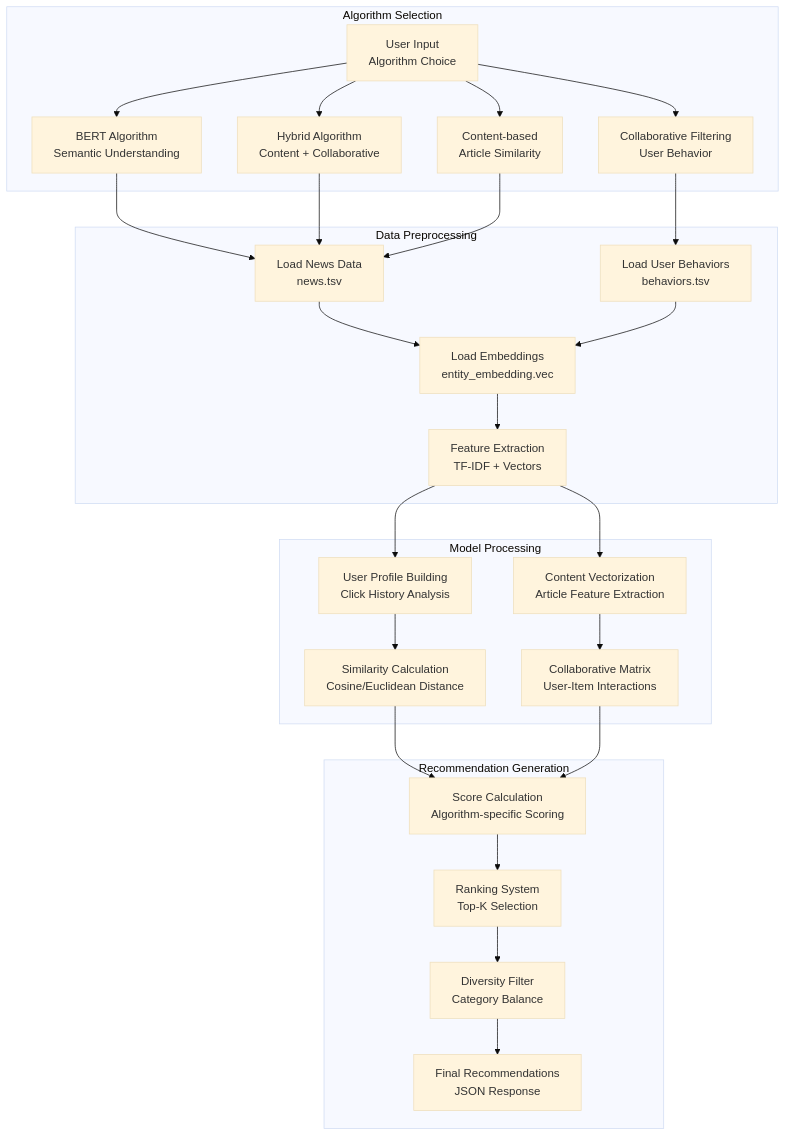
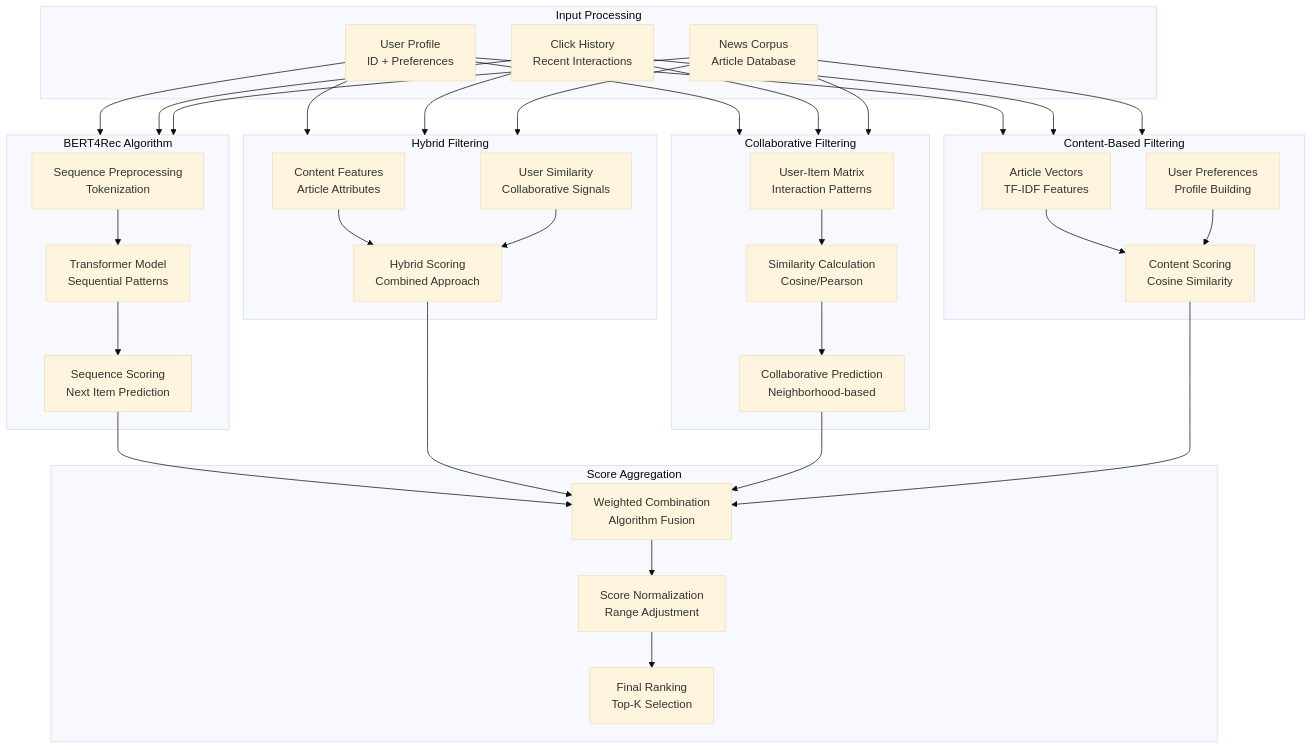
One commit to raiigauravv/Smart-News-Recommendation-System changed the eighth of 9 diagrams in SYSTEM_DIAGRAMS.md. Above: the diagram before and after it, drawn with Mermaid (base theme). The commit also changed other lines of this file, not shown here.

First line of the commit message:
fix: Complete rewrite of SYSTEM_DIAGRAMS.md with clean Mermaid syntax

````diff
--- a/SYSTEM_DIAGRAMS.md
+++ b/SYSTEM_DIAGRAMS.md
@@ -1169,56 +404,74 @@
 ```mermaid
-graph TB
-    subgraph "Algorithm Selection"
-        UserInput[User Input<br/>Algorithm Choice]
-        BERT_Algo[BERT Algorithm<br/>Semantic Understanding]
-        Hybrid_Algo[Hybrid Algorithm<br/>Content + Collaborative]
-        Collaborative_Algo[Collaborative Filtering<br/>User Behavior]
-        Content_Algo[Content-based<br/>Article Similarity]
+flowchart TB
+    subgraph Input["Input Processing"]
+        UserProfile["User Profile<br/>ID + Preferences"]
+        ClickHistory["Click History<br/>Recent Interactions"]
+        NewsCorpus["News Corpus<br/>Article Database"]
     end
     
-    subgraph "Data Preprocessing"
-        LoadNews[Load News Data<br/>news.tsv]
-        LoadBehaviors[Load User Behaviors<br/>behaviors.tsv]
-        LoadEmbeddings[Load Embeddings<br/>entity_embedding.vec]
-        FeatureExtraction[Feature Extraction<br/>TF-IDF + Vectors]
+    subgraph BERT["BERT4Rec Algorithm"]
+        BERTPreprocess["Sequence Preprocessing<br/>Tokenization"]
+        BERTModel["Transformer Model<br/>Sequential Patterns"]
+        BERTScoring["Sequence Scoring<br/>Next Item Prediction"]
     end
     
-    subgraph "Model Processing"
-        UserProfiling[User Profile Building<br/>Click History Analysis]
-        ContentVectorization[Content Vectorization<br/>Article Feature Extraction]
-        SimilarityCalculation[Similarity Calculation<br/>Cosine/Euclidean Distance]
-        CollaborativeMatrix[Collaborative Matrix<br/>User-Item Interactions]
+    subgraph Hybrid["Hybrid Filtering"]
+        ContentFeatures["Content Features<br/>Article Attributes"]
+        UserSimilarity["User Similarity<br/>Collaborative Signals"]
+        HybridScoring["Hybrid Scoring<br/>Combined Approach"]
     end
     
-    subgraph "Recommendation Generation"
-        ScoreCalculation[Score Calculation<br/>Algorithm-specific Scoring]
-        RankingSystem[Ranking System<br/>Top-K Selection]
-        DiversityFilter[Diversity Filter<br/>Category Balance]
-        FinalRecommendations[Final Recommendations<br/>JSON Response]
+    subgraph Collaborative["Collaborative Filtering"]
+        UserMatrix["User-Item Matrix<br/>Interaction Patterns"]
+        SimilarityCalc["Similarity Calculation<br/>Cosine/Pearson"]
+        CollabPrediction["Collaborative Prediction<br/>Neighborhood-based"]
     end
     
-    UserInput --> BERT_Algo
-    UserInput --> Hybrid_Algo
-    UserInput --> Collaborative_Algo
-    UserInput --> Content_Algo
+    subgraph ContentBased["Content-Based Filtering"]
+        ArticleVectors["Article Vectors<br/>TF-IDF Features"]
+        UserPreferences["User Preferences<br/>Profile Building"]
+        ContentScoring["Content Scoring<br/>Cosine Similarity"]
+    end
     
-    BERT_Algo --> LoadNews
-    Hybrid_Algo --> LoadNews
-    Collaborative_Algo --> LoadBehaviors
-    Content_Algo --> LoadNews
+    subgraph Aggregation["Score Aggregation"]
+        WeightedSum["Weighted Combination<br/>Algorithm Fusion"]
+        Normalization["Score Normalization<br/>Range Adjustment"]
+        Ranking["Final Ranking<br/>Top-K Selection"]
+    end
     
-    LoadNews --> LoadEmbeddings
-    LoadBehaviors --> LoadEmbeddings
-    LoadEmbeddings --> FeatureExtraction
+    UserProfile --> BERT
+    ClickHistory --> BERT
+    NewsCorpus --> BERT
     
-    FeatureExtraction --> UserProfiling
-    FeatureExtraction --> ContentVectorization
-    UserProfiling --> SimilarityCalculation
-    ContentVectorization --> CollaborativeMatrix
+    UserProfile --> Hybrid
+    ClickHistory --> Hybrid
+    NewsCorpus --> Hybrid
     
-    SimilarityCalculation --> ScoreCalculation
-    CollaborativeMatrix --> ScoreCalculation
-    ScoreCalculation --> RankingSystem
-    RankingSystem --> DiversityFilter
-    DiversityFilter --> FinalRecommendations
+    UserProfile --> Collaborative
+    ClickHistory --> Collaborative
+    NewsCorpus --> Collaborative
+    
+    UserProfile --> ContentBased
+    ClickHistory --> ContentBased
+    NewsCorpus --> ContentBased
+    
+    BERTPreprocess --> BERTModel
+    BERTModel --> BERTScoring
+    
+    ContentFeatures --> HybridScoring
+    UserSimilarity --> HybridScoring
+    
+    UserMatrix --> SimilarityCalc
+    SimilarityCalc --> CollabPrediction
+    
+    ArticleVectors --> ContentScoring
+    UserPreferences --> ContentScoring
+    
+    BERTScoring --> WeightedSum
+    HybridScoring --> WeightedSum
+    CollabPrediction --> WeightedSum
+    ContentScoring --> WeightedSum
+    
+    WeightedSum --> Normalization
+    Normalization --> Ranking
 ```
````
